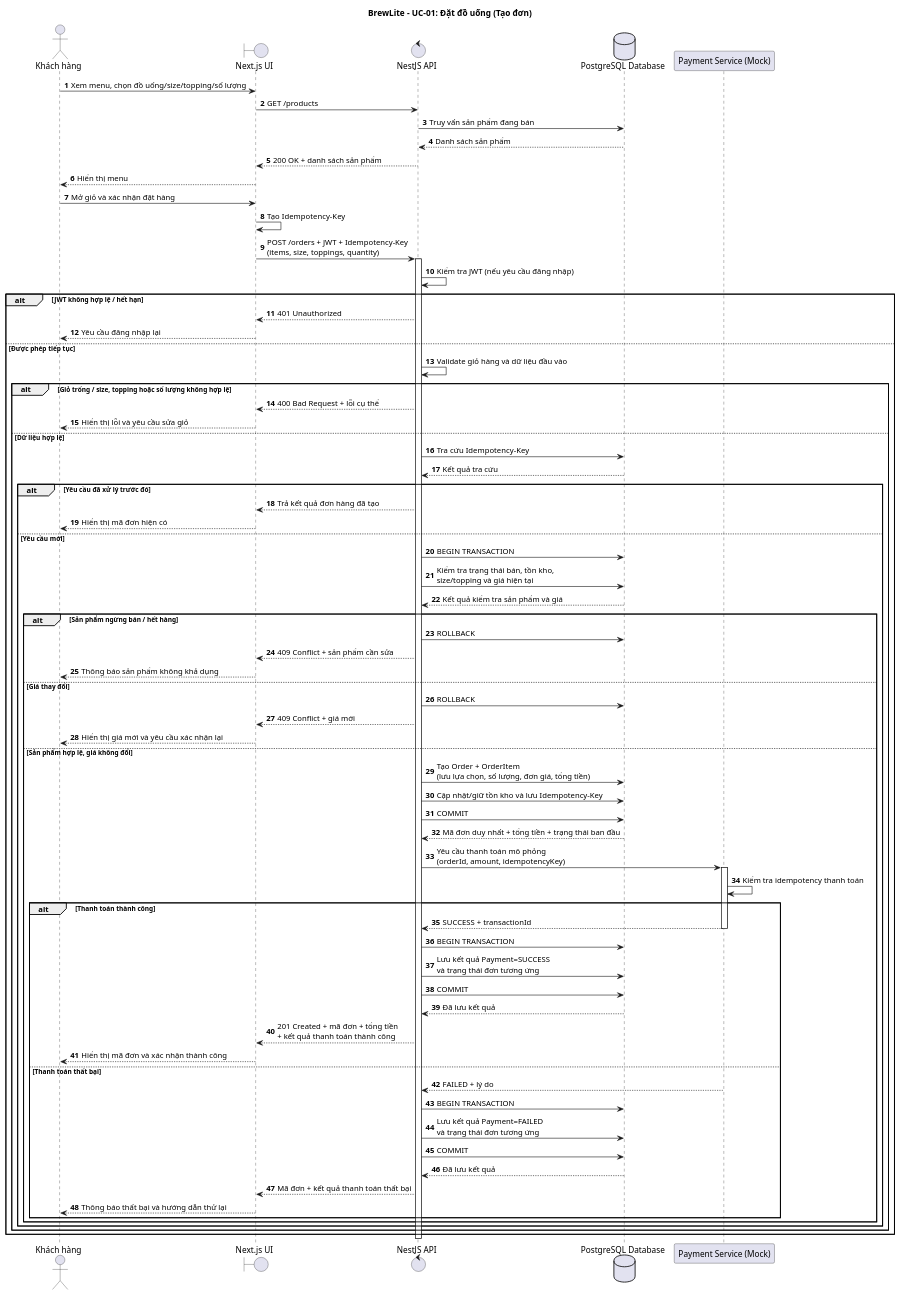
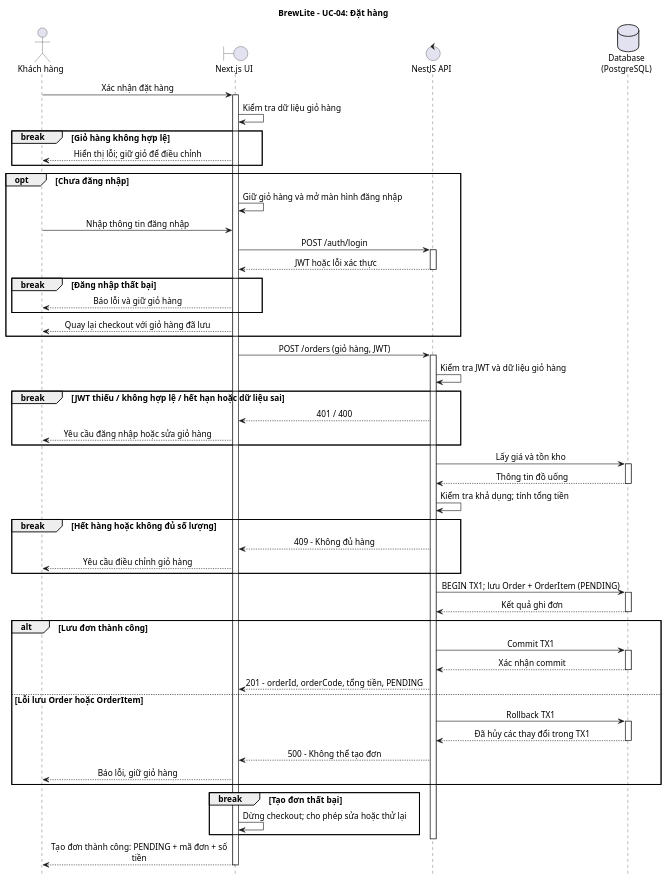
Before and after one commit to vohuunghiaah/brewlite: the diagram in docs/diagram/SequenceDiagram.puml, drawn with PlantUML. The commit also changed 18 other files, not shown here.

Commit message:
docs: separate order creation and payment use cases

```diff
--- a/docs/diagram/SequenceDiagram.puml
+++ b/docs/diagram/SequenceDiagram.puml
@@ -1,81 +1,75 @@
 @startuml
-title BrewLite - UC-01: Đặt đồ uống (Tạo đơn)
-autonumber
-actor "Khách hàng" as Customer
+' Task 2.2 - UC-04: tạo đơn PENDING độc lập.
+' Based on SRS v1.3.2, use-case-place-order.md and ActivityDiagram.puml.
+title BrewLite - UC-04: Đặt hàng
+hide footbox
+skinparam defaultFontName Arial
+skinparam defaultFontSize 14
+skinparam shadowing false
+skinparam backgroundColor white
+skinparam sequenceMessageAlign center
+skinparam ParticipantPadding 25
+skinparam maxMessageSize 310
+actor "Khách hàng" as C
 boundary "Next.js UI" as UI
 control "NestJS API" as API
-database "PostgreSQL Database" as DB
-participant "Payment Service (Mock)" as Pay
-
-Customer -> UI: Xem menu, chọn đồ uống/size/topping/số lượng
-UI -> API: GET /products
-API -> DB: Truy vấn sản phẩm đang bán
-DB --> API: Danh sách sản phẩm
-API --> UI: 200 OK + danh sách sản phẩm
-UI --> Customer: Hiển thị menu
-
-Customer -> UI: Mở giỏ và xác nhận đặt hàng
-UI -> UI: Tạo Idempotency-Key
-UI -> API: POST /orders + JWT + Idempotency-Key\n(items, size, toppings, quantity)
+database "Database\n(PostgreSQL)" as DB
+C -> UI: Xác nhận đặt hàng
+activate UI
+UI -> UI: Kiểm tra dữ liệu giỏ hàng
+break Giỏ hàng không hợp lệ
+  UI --> C: Hiển thị lỗi; giữ giỏ để điều chỉnh
+end
+opt Chưa đăng nhập
+  UI -> UI: Giữ giỏ hàng và mở màn hình đăng nhập
+  C -> UI: Nhập thông tin đăng nhập
+  UI -> API: POST /auth/login
+  activate API
+  API --> UI: JWT hoặc lỗi xác thực
+  deactivate API
+  break Đăng nhập thất bại
+    UI --> C: Báo lỗi và giữ giỏ hàng
+  end
+  UI --> C: Quay lại checkout với giỏ hàng đã lưu
+end
+UI -> API: POST /orders (giỏ hàng, JWT)
 activate API
-
-API -> API: Kiểm tra JWT (nếu yêu cầu đăng nhập)
-alt JWT không hợp lệ / hết hạn
-  API --> UI: 401 Unauthorized
-  UI --> Customer: Yêu cầu đăng nhập lại
-else Được phép tiếp tục
-  API -> API: Validate giỏ hàng và dữ liệu đầu vào
-  alt Giỏ trống / size, topping hoặc số lượng không hợp lệ
-    API --> UI: 400 Bad Request + lỗi cụ thể
-    UI --> Customer: Hiển thị lỗi và yêu cầu sửa giỏ
-  else Dữ liệu hợp lệ
-    API -> DB: Tra cứu Idempotency-Key
-    DB --> API: Kết quả tra cứu
-    alt Yêu cầu đã xử lý trước đó
-      API --> UI: Trả kết quả đơn hàng đã tạo
-      UI --> Customer: Hiển thị mã đơn hiện có
-    else Yêu cầu mới
-      API -> DB: BEGIN TRANSACTION
-      API -> DB: Kiểm tra trạng thái bán, tồn kho,\nsize/topping và giá hiện tại
-      DB --> API: Kết quả kiểm tra sản phẩm và giá
-      alt Sản phẩm ngừng bán / hết hàng
-        API -> DB: ROLLBACK
-        API --> UI: 409 Conflict + sản phẩm cần sửa
-        UI --> Customer: Thông báo sản phẩm không khả dụng
-      else Giá thay đổi
-        API -> DB: ROLLBACK
-        API --> UI: 409 Conflict + giá mới
-        UI --> Customer: Hiển thị giá mới và yêu cầu xác nhận lại
-      else Sản phẩm hợp lệ, giá không đổi
-        API -> DB: Tạo Order + OrderItem\n(lưu lựa chọn, số lượng, đơn giá, tổng tiền)
-        API -> DB: Cập nhật/giữ tồn kho và lưu Idempotency-Key
-        API -> DB: COMMIT
-        DB --> API: Mã đơn duy nhất + tổng tiền + trạng thái ban đầu
-        API -> Pay: Yêu cầu thanh toán mô phỏng\n(orderId, amount, idempotencyKey)
-        activate Pay
-        Pay -> Pay: Kiểm tra idempotency thanh toán
-        alt Thanh toán thành công
-          Pay --> API: SUCCESS + transactionId
-          deactivate Pay
-          API -> DB: BEGIN TRANSACTION
-          API -> DB: Lưu kết quả Payment=SUCCESS\nvà trạng thái đơn tương ứng
-          API -> DB: COMMIT
-          DB --> API: Đã lưu kết quả
-          API --> UI: 201 Created + mã đơn + tổng tiền\n+ kết quả thanh toán thành công
-          UI --> Customer: Hiển thị mã đơn và xác nhận thành công
-        else Thanh toán thất bại
-          Pay --> API: FAILED + lý do
-          deactivate Pay
-          API -> DB: BEGIN TRANSACTION
-          API -> DB: Lưu kết quả Payment=FAILED\nvà trạng thái đơn tương ứng
-          API -> DB: COMMIT
-          DB --> API: Đã lưu kết quả
-          API --> UI: Mã đơn + kết quả thanh toán thất bại
-          UI --> Customer: Thông báo thất bại và hướng dẫn thử lại
-        end
-      end
-    end
-  end
+API -> API: Kiểm tra JWT và dữ liệu giỏ hàng
+break JWT thiếu / không hợp lệ / hết hạn hoặc dữ liệu sai
+  API --> UI: 401 / 400
+  UI --> C: Yêu cầu đăng nhập hoặc sửa giỏ hàng
+end
+API -> DB: Lấy giá và tồn kho
+activate DB
+DB --> API: Thông tin đồ uống
+deactivate DB
+API -> API: Kiểm tra khả dụng; tính tổng tiền
+break Hết hàng hoặc không đủ số lượng
+  API --> UI: 409 - Không đủ hàng
+  UI --> C: Yêu cầu điều chỉnh giỏ hàng
+end
+API -> DB: BEGIN TX1; lưu Order + OrderItem (PENDING)
+activate DB
+DB --> API: Kết quả ghi đơn
+deactivate DB
+alt Lưu đơn thành công
+  API -> DB: Commit TX1
+  activate DB
+  DB --> API: Xác nhận commit
+  deactivate DB
+  API --> UI: 201 - orderId, orderCode, tổng tiền, PENDING
+else Lỗi lưu Order hoặc OrderItem
+  API -> DB: Rollback TX1
+  activate DB
+  DB --> API: Đã hủy các thay đổi trong TX1
+  deactivate DB
+  API --> UI: 500 - Không thể tạo đơn
+  UI --> C: Báo lỗi, giữ giỏ hàng
+end
+break Tạo đơn thất bại
+  UI -> UI: Dừng checkout; cho phép sửa hoặc thử lại
 end
 deactivate API
+UI --> C: Tạo đơn thành công: PENDING + mã đơn + số tiền
+deactivate UI
 @enduml
```
